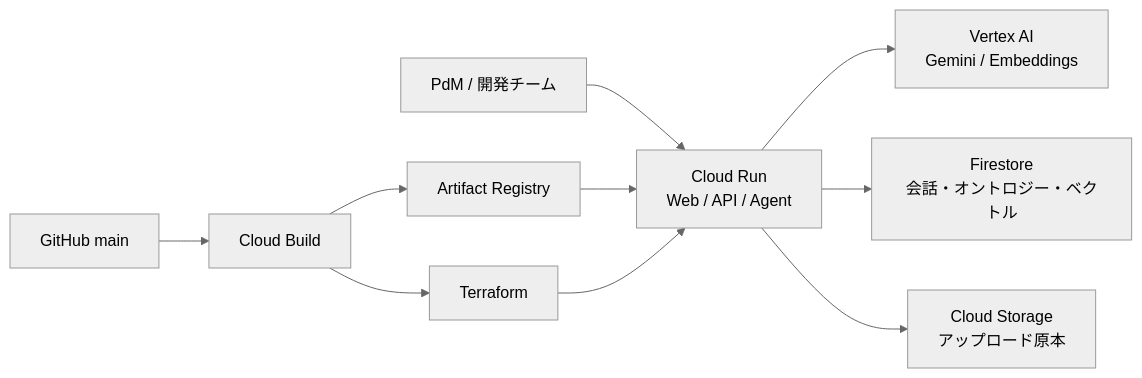
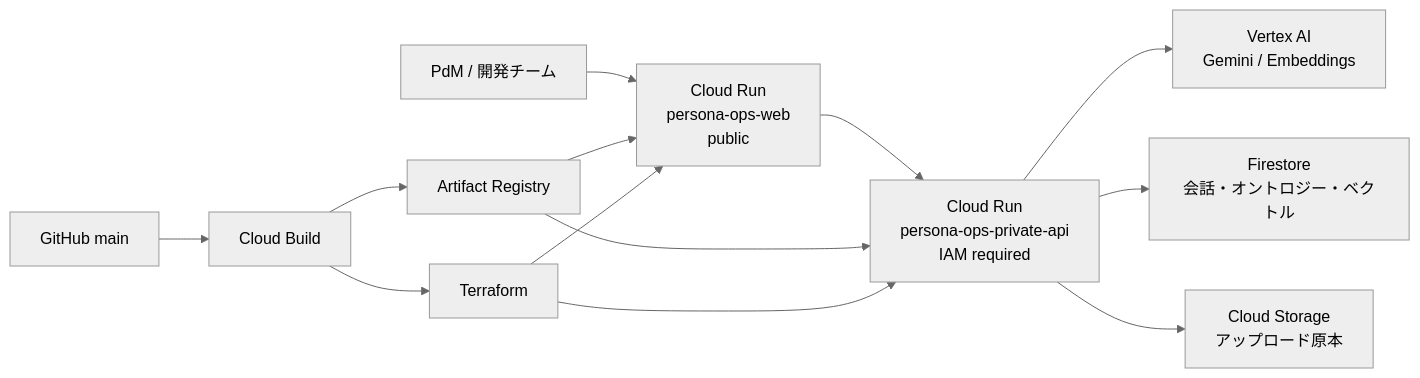
One commit to teritamas/persona-ops changed the diagram in docs/infrastructure_design.md. Above: the diagram before and after it, drawn with Mermaid (neutral theme). The commit also changed other lines of this file and 1 other file, not shown here.

Commit message:
docs: update infrastructure design and terraform documentation

````diff
--- a/docs/infrastructure_design.md
+++ b/docs/infrastructure_design.md
@@ -5,12 +5,15 @@
 ```mermaid
 flowchart LR
-    User["PdM / 開発チーム"] --> Run["Cloud Run<br/>Web / API / Agent"]
-    Run --> Vertex["Vertex AI<br/>Gemini / Embeddings"]
-    Run --> Firestore["Firestore<br/>会話・オントロジー・ベクトル"]
-    Run --> Storage["Cloud Storage<br/>アップロード原本"]
+    User["PdM / 開発チーム"] --> Frontend["Cloud Run<br/>persona-ops-web<br/>public"]
+    Frontend --> PrivateAPI["Cloud Run<br/>persona-ops-private-api<br/>IAM required"]
+    PrivateAPI --> Vertex["Vertex AI<br/>Gemini / Embeddings"]
+    PrivateAPI --> Firestore["Firestore<br/>会話・オントロジー・ベクトル"]
+    PrivateAPI --> Storage["Cloud Storage<br/>アップロード原本"]
     GitHub["GitHub main"] --> Build["Cloud Build"]
     Build --> Registry["Artifact Registry"]
     Build --> Terraform["Terraform"]
-    Registry --> Run
-    Terraform --> Run
+    Registry --> Frontend
+    Registry --> PrivateAPI
+    Terraform --> Frontend
+    Terraform --> PrivateAPI
 ```
````
